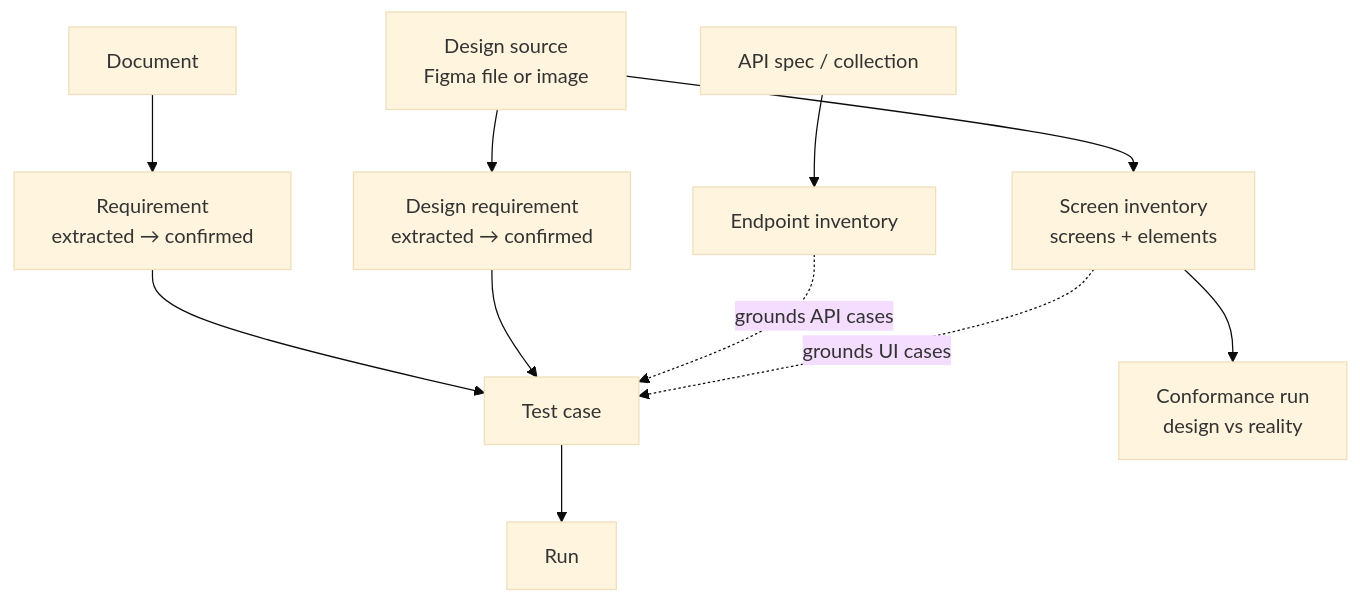
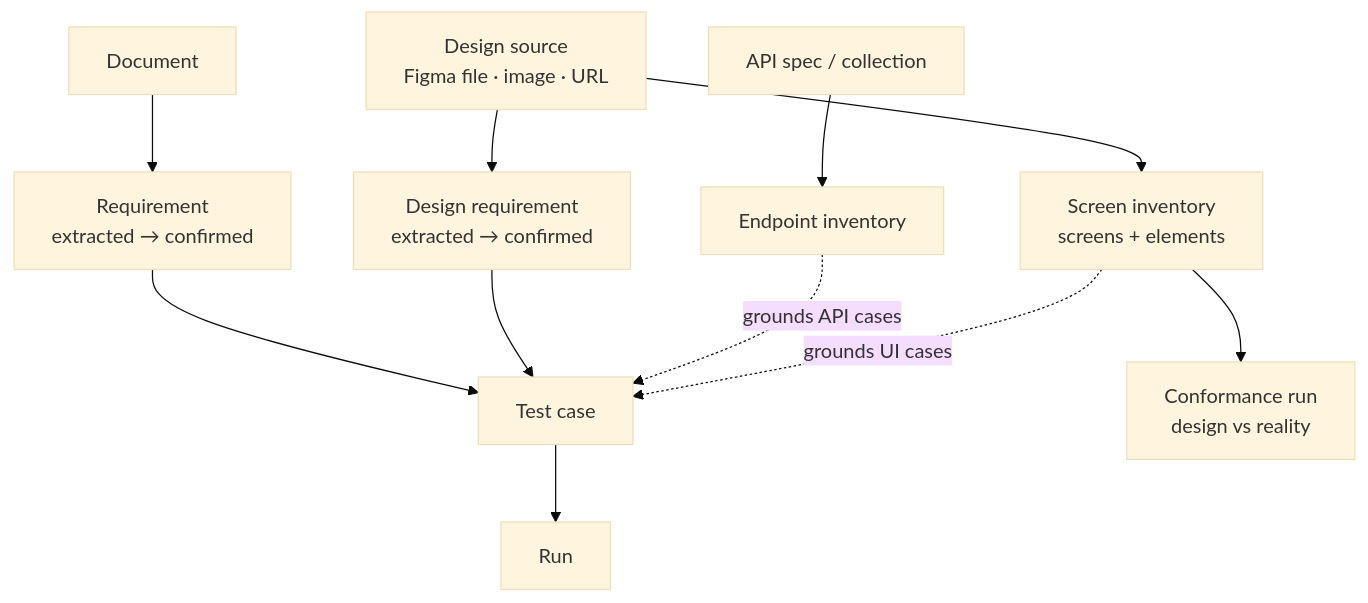
Before and after one commit to Abo5/traceo: the diagram in docs/DESIGN_AS_REQUIREMENT_SOURCE.md, drawn with Mermaid (base theme). The commit also changed other lines of this file and 59 other files, not shown here.

````diff
--- a/docs/DESIGN_AS_REQUIREMENT_SOURCE.md
+++ b/docs/DESIGN_AS_REQUIREMENT_SOURCE.md
@@ -34,15 +35,15 @@
 ```mermaid
 flowchart TD
     DOC[Document] --> REQ[Requirement<br/>extracted → confirmed]
-    DES[Design source<br/>Figma file or image] --> DREQ[Design requirement<br/>extracted → confirmed]
+    DES[Design source<br/>Figma file · image · URL] --> DREQ[Design requirement<br/>extracted → confirmed]
     DES --> INV[Screen inventory<br/>screens + elements]
     SPEC[API spec / collection] --> EP[Endpoint inventory]
 
     REQ --> TC[Test case]
     DREQ --> TC
     EP -.grounds API cases.-> TC
     INV -.grounds UI cases.-> TC
 
     TC --> RUN[Run]
     INV --> VRUN[Conformance run<br/>design vs reality]
 ```
````
